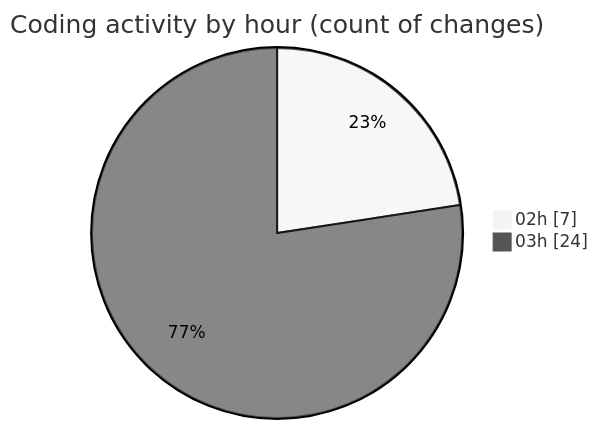
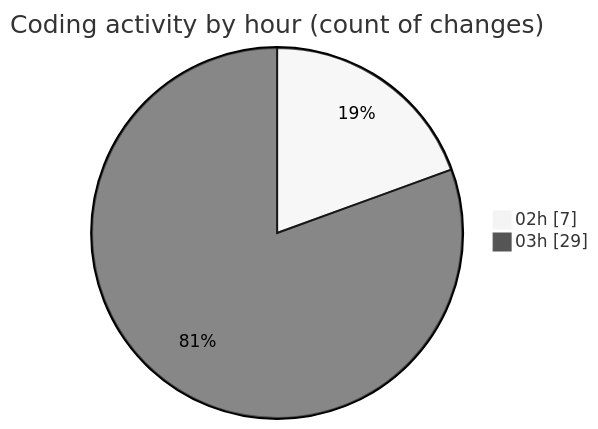
The second of 2 diagrams in 2025-05-29/kimberly-groups/README.md (JenPaints/code-tracking), drawn with Mermaid (neutral theme) before and after one commit. The commit also changed other lines of this file and 1 other file, not shown here.

````diff
--- a/2025-05-29/kimberly-groups/README.md
+++ b/2025-05-29/kimberly-groups/README.md
@@ -30,6 +31,6 @@
 ```mermaid
 pie showData
 title Coding activity by hour (count of changes)
 "02h" : 7
-"03h" : 24
+"03h" : 29
 ```
````
